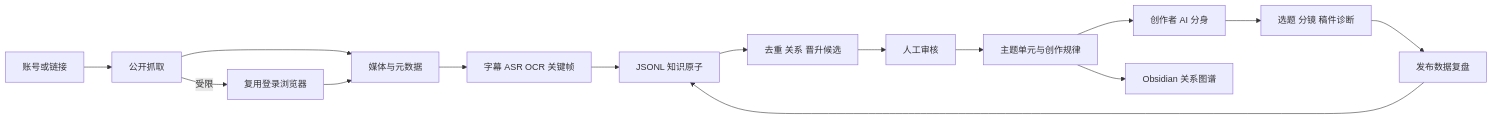
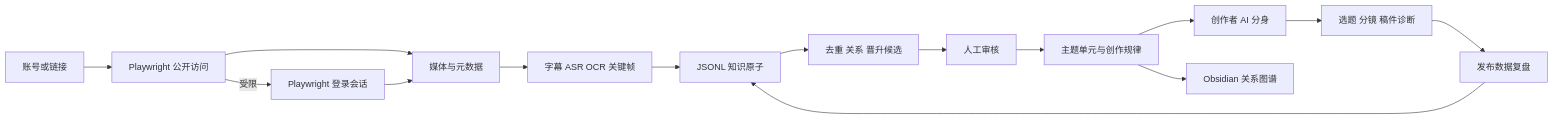
The diagram in README.md (renyi9044-png/creator-clone-lab), drawn with Mermaid before and after one commit. The commit also changed other lines of this file and 9 other files, not shown here.

````diff
--- a/README.md
+++ b/README.md
@@ -80,17 +83,17 @@
 ```mermaid
 flowchart LR
-    A[账号或链接] --> B[公开抓取]
-    B -->|受限| C[复用登录浏览器]
+    A[账号或链接] --> B[Playwright 公开访问]
+    B -->|受限| C[Playwright 登录会话]
     B --> D[媒体与元数据]
     C --> D
     D --> E[字幕 ASR OCR 关键帧]
     E --> F[JSONL 知识原子]
     F --> G[去重 关系 晋升候选]
     G --> H[人工审核]
     H --> I[主题单元与创作规律]
     I --> J[创作者 AI 分身]
     I --> K[Obsidian 关系图谱]
     J --> L[选题 分镜 稿件诊断]
     L --> M[发布数据复盘]
     M --> F
 ```
````
